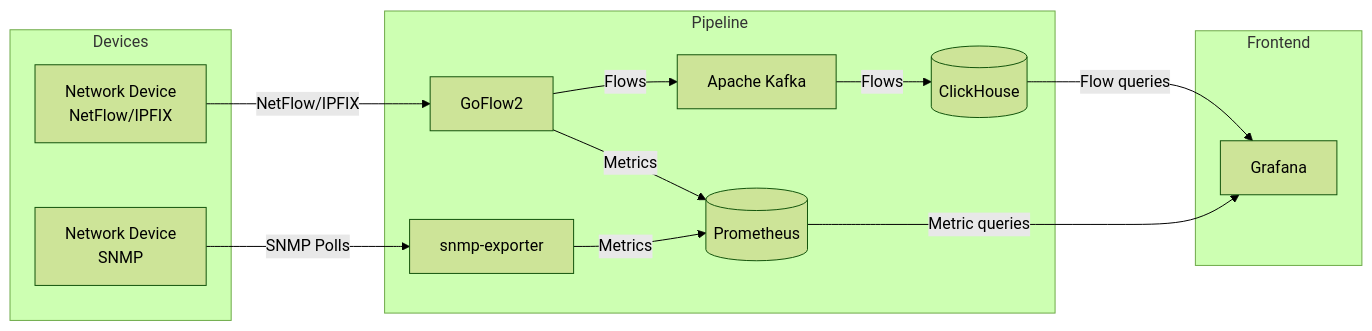
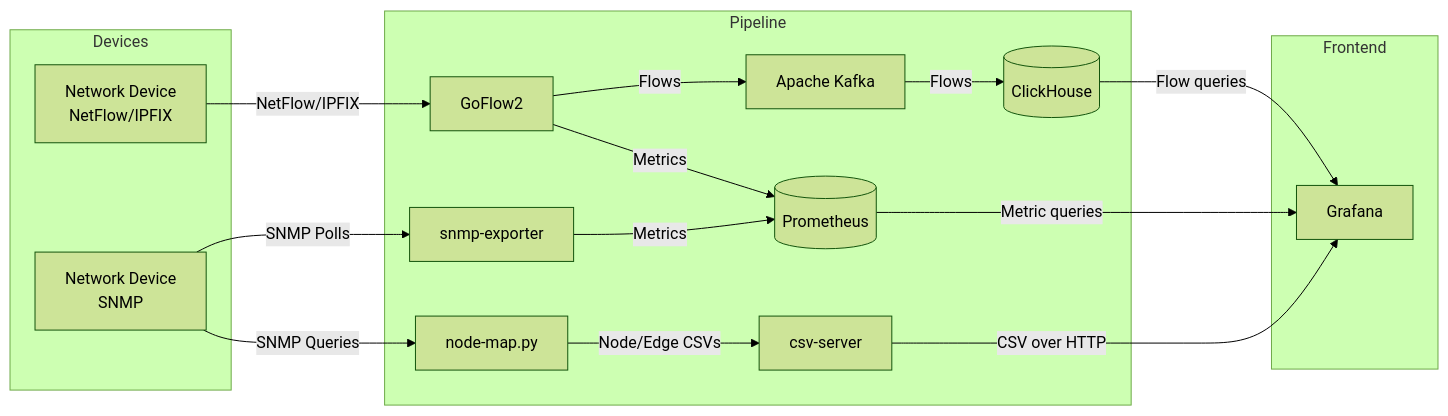
Before and after one commit to Sameer-Haque/Network-Segmentation-Visualizer: the first of 2 diagrams in README.md, drawn with Mermaid (forest theme). The commit also changed other lines of this file, not shown here.

````diff
--- a/README.md
+++ b/README.md
@@ -50,28 +50,33 @@
 ```mermaid
 flowchart LR
     subgraph Devices
         D1[Network Device\nNetFlow/IPFIX]
         D2[Network Device\nSNMP]
     end
 
     subgraph Pipeline
         GF[GoFlow2]
         KF[Apache Kafka]
         CH[(ClickHouse)]
         PE[snmp-exporter]
         PR[(Prometheus)]
+        NM[node-map.py]
+        CS[csv-server]
     end
 
     subgraph Frontend
         GR[Grafana]
     end
 
     D1 -->|NetFlow/IPFIX| GF
     GF -->|Flows| KF
     GF -->|Metrics| PR
     KF -->|Flows| CH
     D2 -->|SNMP Polls| PE
     PE -->|Metrics| PR
+    D2 -->|SNMP Queries| NM
+    NM -->|Node/Edge CSVs| CS
+    CS -->|CSV over HTTP| GR
     CH -->|Flow queries| GR
     PR -->|Metric queries| GR
 ```
````
